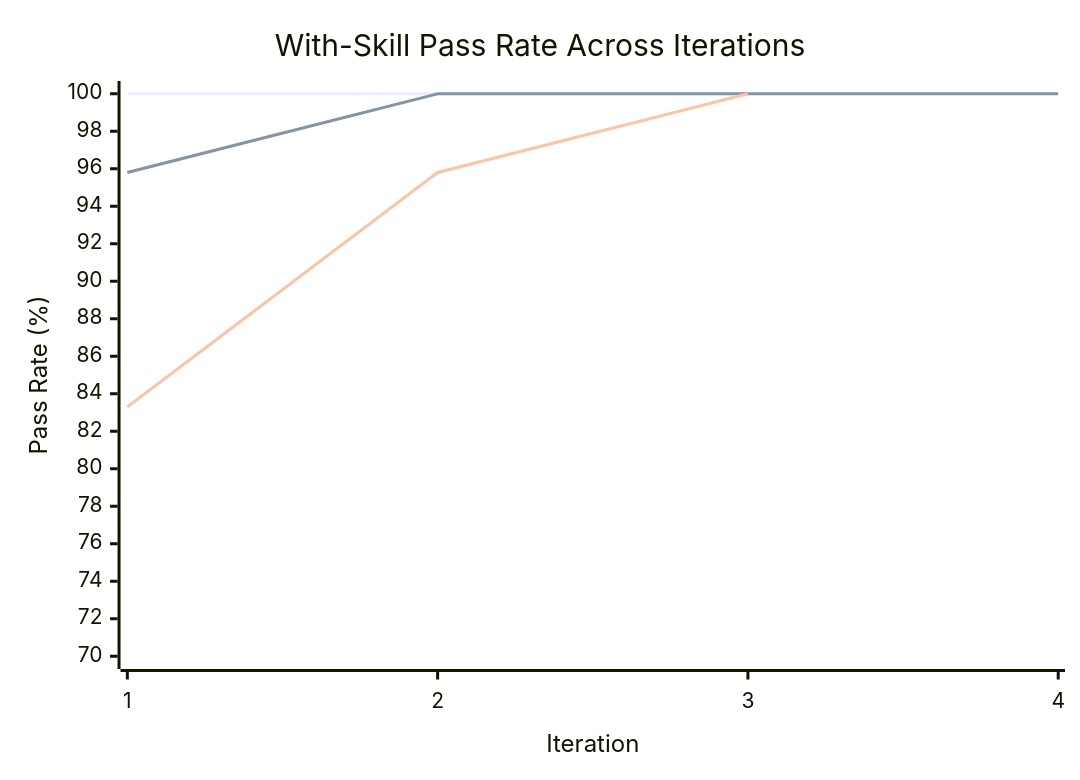
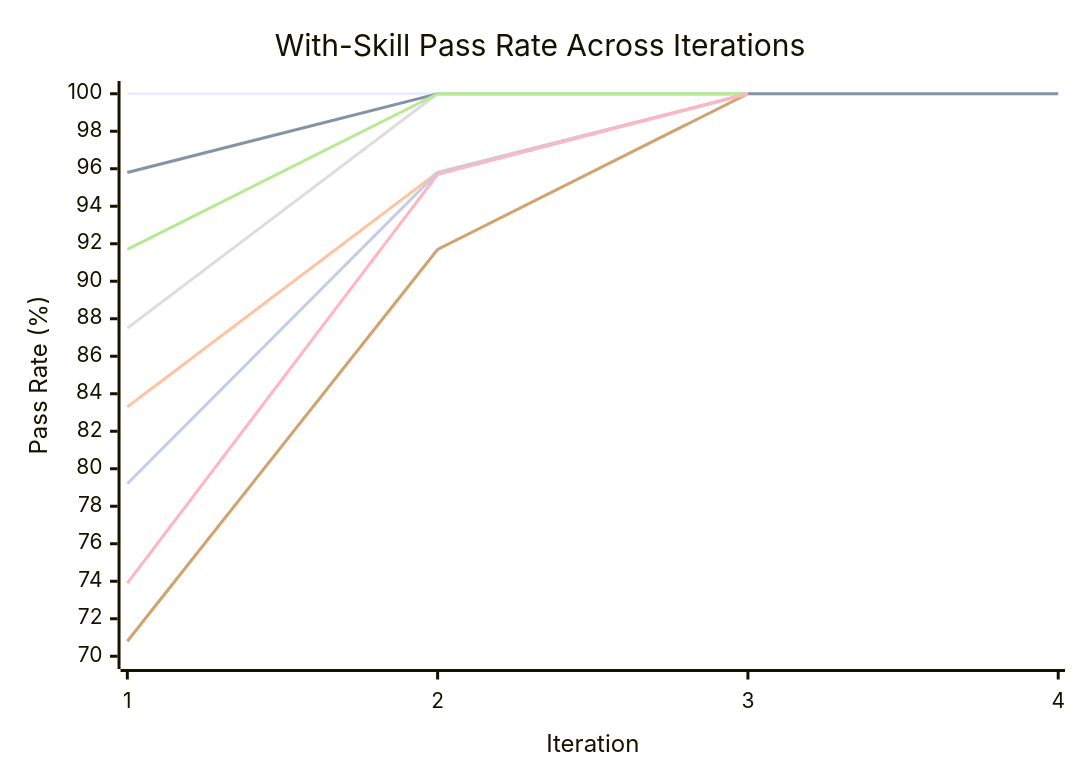
The second of 3 diagrams in examples/README.md (accolver/skill-maker), drawn with Mermaid before and after one commit. The commit also changed other lines of this file and 339 other files, not shown here.

````diff
--- a/examples/README.md
+++ b/examples/README.md
@@ -37,9 +40,14 @@
 ```mermaid
 xychart-beta
     title "With-Skill Pass Rate Across Iterations"
     x-axis "Iteration" [1, 2, 3, 4]
     y-axis "Pass Rate (%)" 70 --> 100
     line [100, 100, 100]
     line [95.8, 100, 100, 100]
     line [83.3, 95.8, 100]
+    line [87.5, 100, 100]
+    line [91.7, 100, 100]
+    line [70.8, 91.7, 100]
+    line [79.2, 95.8, 100]
+    line [73.9, 95.7, 100]
 ```
````
